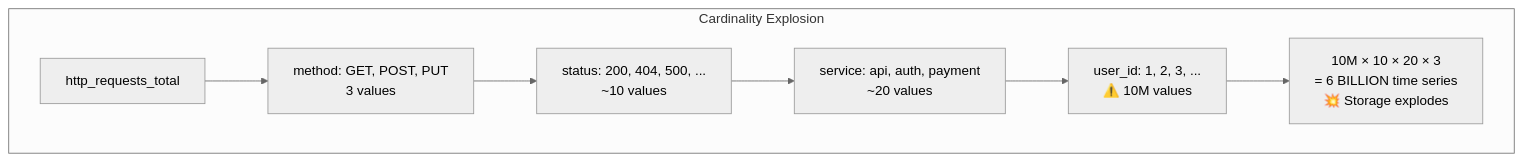
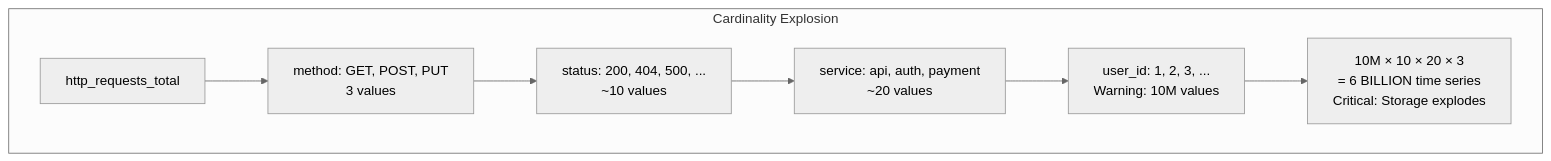
One commit to billywr/system-design changed the ninth of 45 diagrams in 09-infrastructure/33-observability-logging-tracing-metrics.md. Above: the diagram before and after it, drawn with Mermaid (neutral theme). The commit also changed other lines of this file and 39 other files, not shown here.

````diff
--- a/09-infrastructure/33-observability-logging-tracing-metrics.md
+++ b/09-infrastructure/33-observability-logging-tracing-metrics.md
@@ -318,11 +318,11 @@
 ```mermaid
 graph TB
     subgraph Cardinality Explosion
         METRIC[http_requests_total]
         METRIC --> L1[method: GET, POST, PUT<br/>3 values]
         L1 --> L2[status: 200, 404, 500, ...<br/>~10 values]
         L2 --> L3[service: api, auth, payment<br/>~20 values]
-        L3 --> L4[user_id: 1, 2, 3, ...<br/>⚠️ 10M values]
-        L4 --> BLOW[10M × 10 × 20 × 3<br/>= 6 BILLION time series<br/>💥 Storage explodes]
+        L3 --> L4[user_id: 1, 2, 3, ...<br/>Warning: 10M values]
+        L4 --> BLOW[10M × 10 × 20 × 3<br/>= 6 BILLION time series<br/>Critical: Storage explodes]
     end
 ```
````
